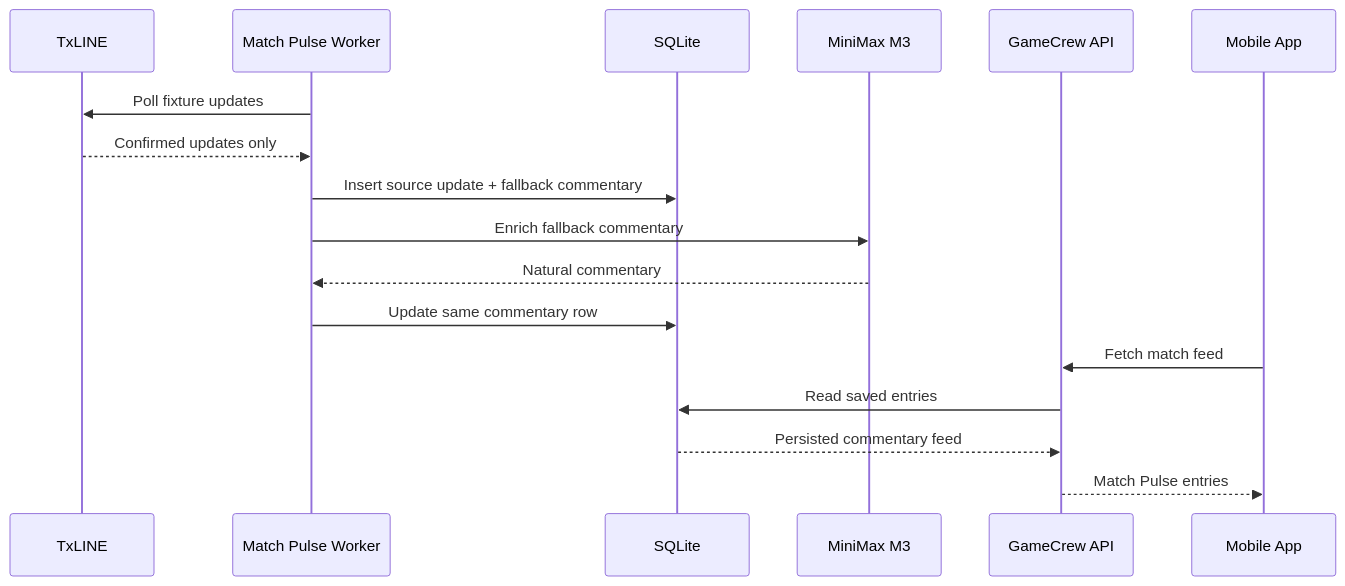
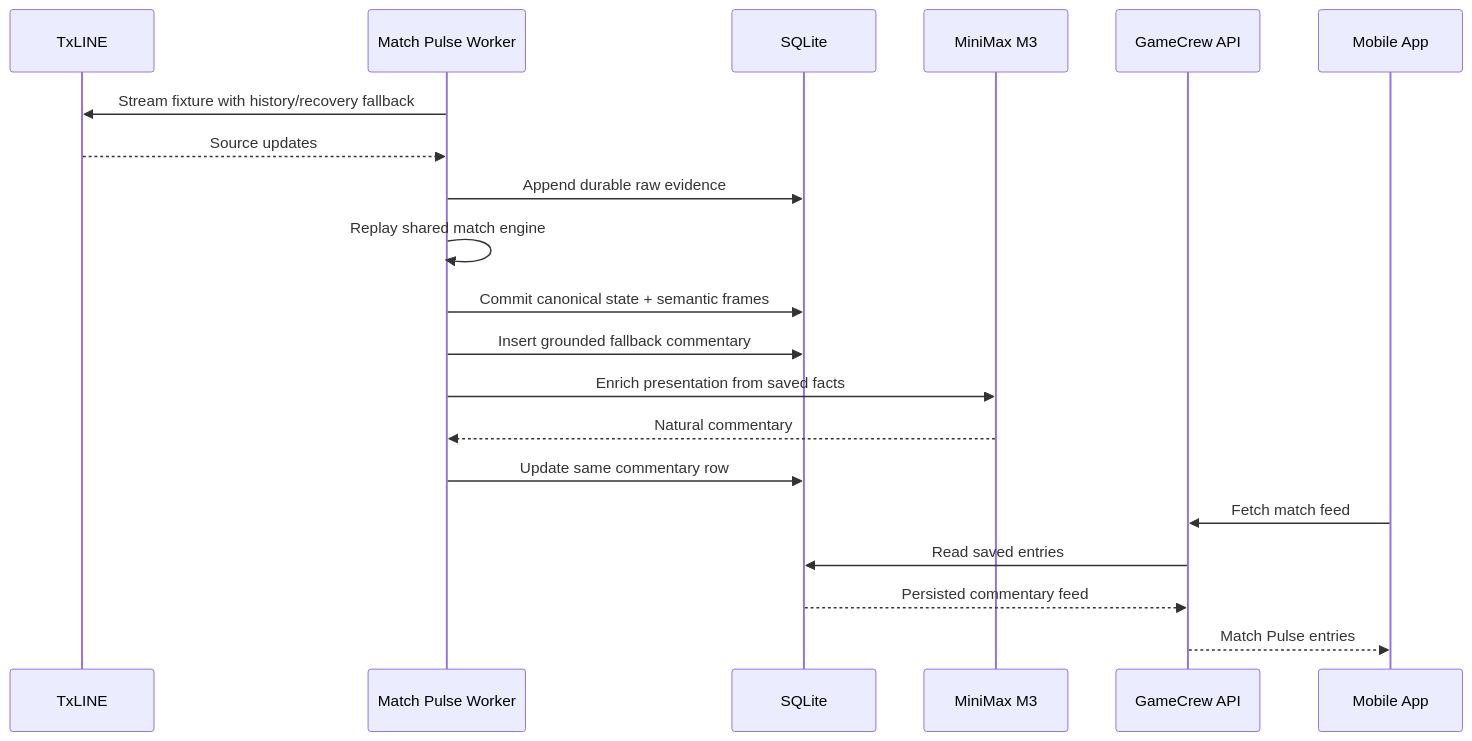
The second of 2 diagrams in docs/architecture/match_pulse_vps_sqlite.md (bucketshop69/gamecrew), drawn with Mermaid before and after one commit. The commit also changed other lines of this file and 34 other files, not shown here.

Commit message:
feat: add durable shared match ingestion

````diff
--- a/docs/architecture/match_pulse_vps_sqlite.md
+++ b/docs/architecture/match_pulse_vps_sqlite.md
@@ -52,20 +61,23 @@
 ```mermaid
 sequenceDiagram
   participant TX as TxLINE
   participant W as Match Pulse Worker
   participant DB as SQLite
   participant LLM as MiniMax M3
   participant API as GameCrew API
   participant App as Mobile App
 
-  W->>TX: Poll fixture updates
-  TX-->>W: Confirmed updates only
-  W->>DB: Insert source update + fallback commentary
-  W->>LLM: Enrich fallback commentary
+  W->>TX: Stream fixture with history/recovery fallback
+  TX-->>W: Source updates
+  W->>DB: Append durable raw evidence
+  W->>W: Replay shared match engine
+  W->>DB: Commit canonical state + semantic frames
+  W->>DB: Insert grounded fallback commentary
+  W->>LLM: Enrich presentation from saved facts
   LLM-->>W: Natural commentary
   W->>DB: Update same commentary row
   App->>API: Fetch match feed
   API->>DB: Read saved entries
   DB-->>API: Persisted commentary feed
   API-->>App: Match Pulse entries
 ```
````
